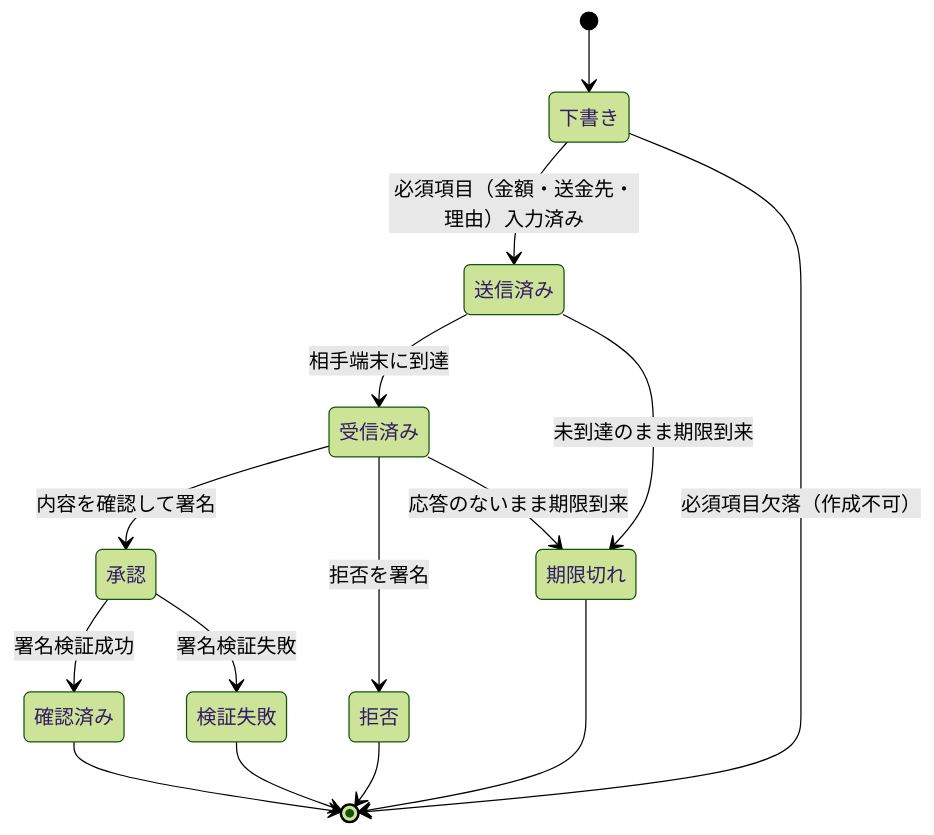
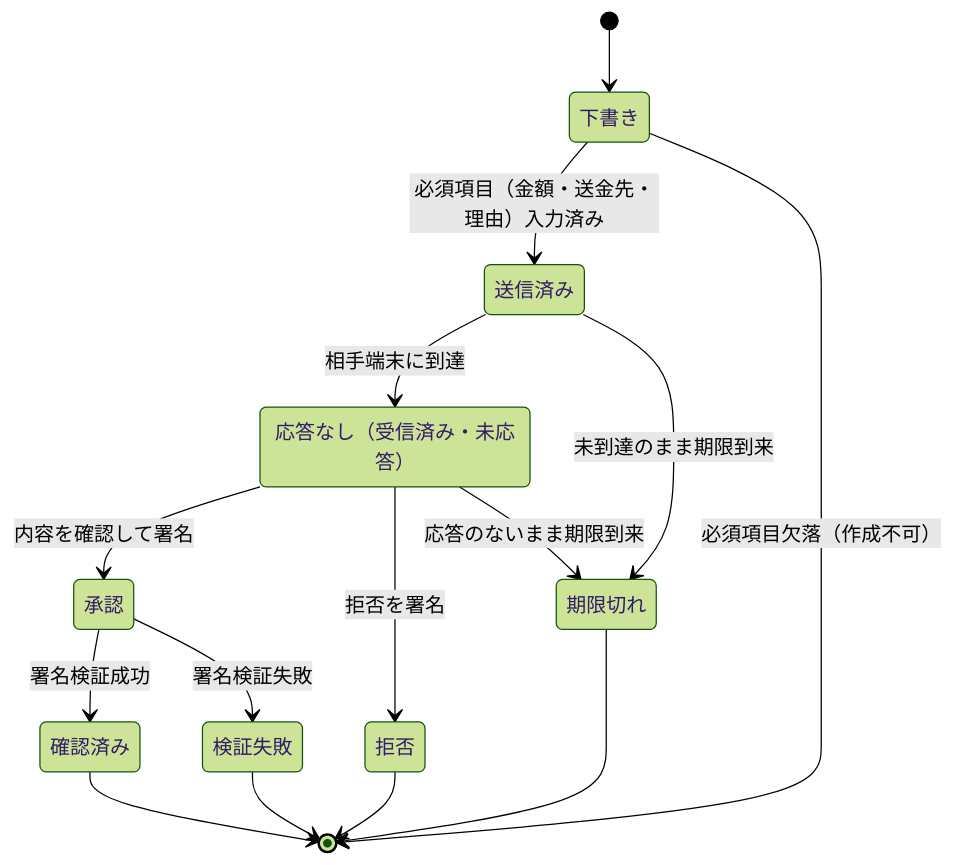
Before and after one commit to susumutomita/ZeroKeyFamily: the third of 7 diagrams in docs/product/user-journeys.md, drawn with Mermaid (forest theme). The commit also changed other lines of this file and 5 other files, not shown here.

````diff
--- a/docs/product/user-journeys.md
+++ b/docs/product/user-journeys.md
@@ -75,17 +75,18 @@
 ```mermaid
 stateDiagram-v2
+    state "応答なし（受信済み・未応答）" as 応答なし
     [*] --> 下書き
     下書き --> 送信済み : 必須項目（金額・送金先・理由）入力済み
     下書き --> [*] : 必須項目欠落（作成不可）
-    送信済み --> 受信済み : 相手端末に到達
+    送信済み --> 応答なし : 相手端末に到達
     送信済み --> 期限切れ : 未到達のまま期限到来
-    受信済み --> 承認 : 内容を確認して署名
-    受信済み --> 拒否 : 拒否を署名
-    受信済み --> 期限切れ : 応答のないまま期限到来
+    応答なし --> 承認 : 内容を確認して署名
+    応答なし --> 拒否 : 拒否を署名
+    応答なし --> 期限切れ : 応答のないまま期限到来
     承認 --> 確認済み : 署名検証成功
     承認 --> 検証失敗 : 署名検証失敗
     確認済み --> [*]
     拒否 --> [*]
     期限切れ --> [*]
     検証失敗 --> [*]
 ```
````
